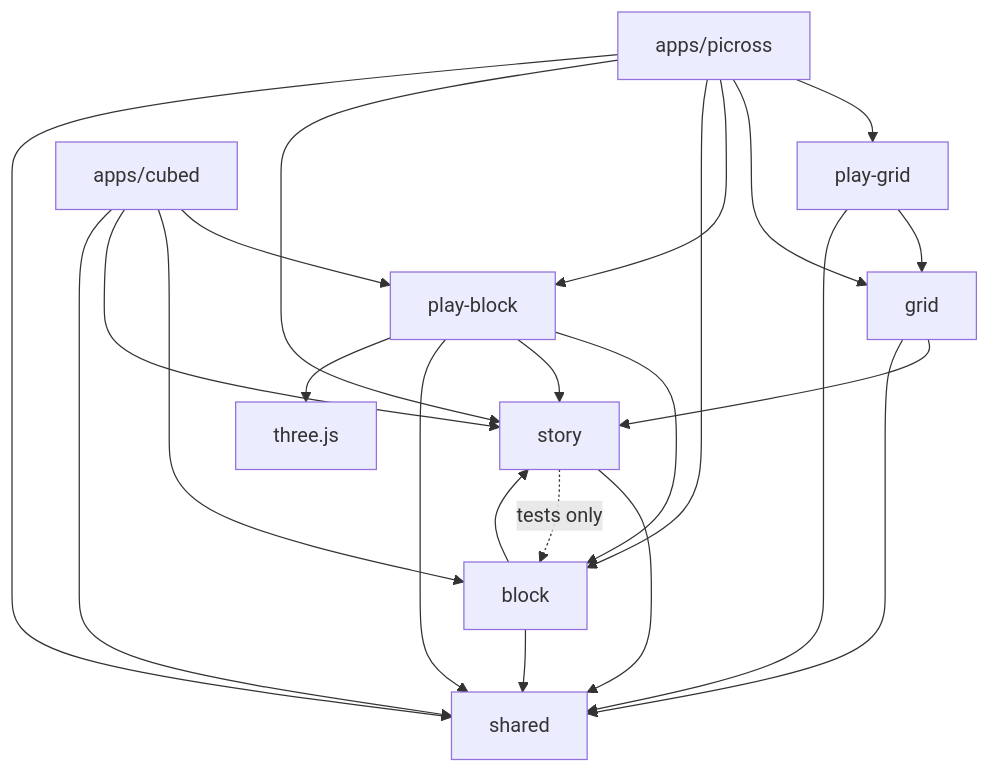
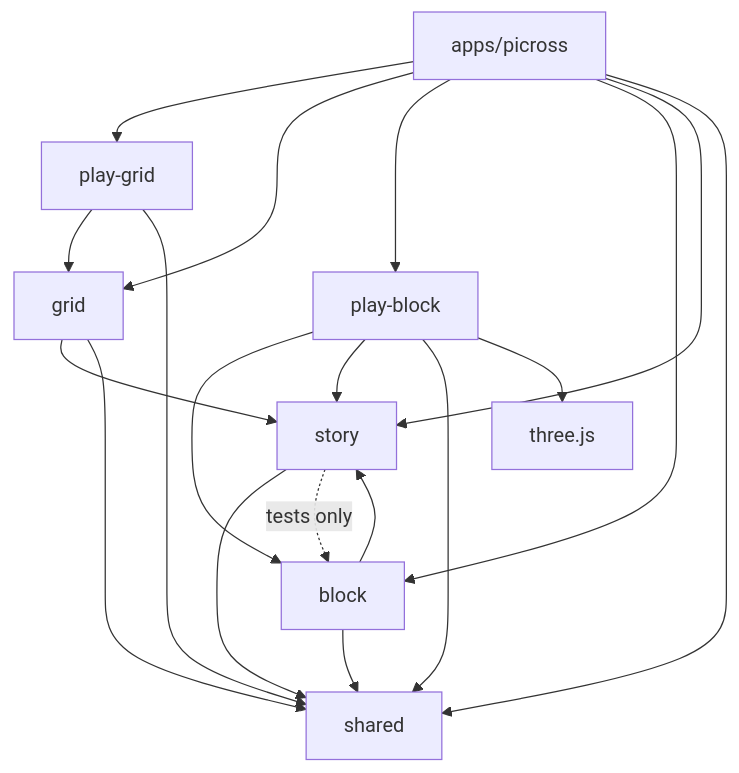
One commit to austinthedeveloper/picross changed the diagram in docs/architecture.md. Above: the diagram before and after it, drawn with Mermaid. The commit also changed other lines of this file and 14 other files, not shown here.

````diff
--- a/docs/architecture.md
+++ b/docs/architecture.md
@@ -37,25 +36,21 @@
 ```mermaid
 graph TD
   picross[apps/picross] --> playgrid[play-grid]
   picross --> grid
   picross --> playblock[play-block]
   picross --> block
   picross --> story
   picross --> shared
-  cubed[apps/cubed] --> playblock
-  cubed --> block
-  cubed --> story
-  cubed --> shared
   playgrid --> grid
   playgrid --> shared
   playblock --> block
   playblock --> story
   playblock --> shared
   playblock --> three[three.js]
   grid --> story
   grid --> shared
   block --> story
   block --> shared
   story --> shared
   story -. "tests only" .-> block
 ```
````
